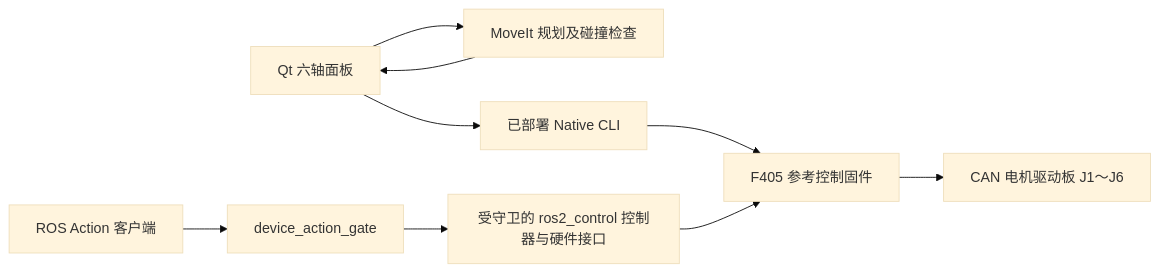
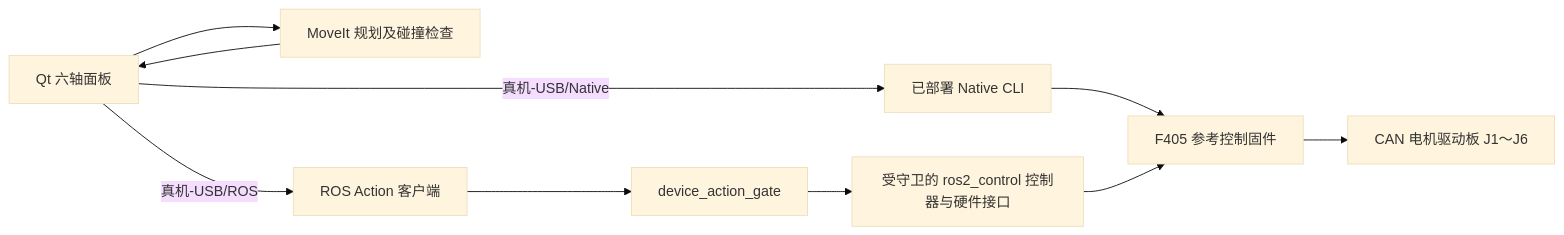
Before and after one commit to KaminDeng/dummy_ros2: the diagram in README_zh.md, drawn with Mermaid (base theme). The commit also changed other lines of this file and 24 other files, not shown here.

````diff
--- a/README_zh.md
+++ b/README_zh.md
@@ -29,11 +29,12 @@
 ```mermaid
 flowchart LR
     Panel[Qt 六轴面板] --> Planner[MoveIt 规划及碰撞检查]
     Planner --> Panel
-    Panel --> Native[已部署 Native CLI]
+    Panel -->|真机-USB/Native| Native[已部署 Native CLI]
+    Panel -->|真机-USB/ROS| Action
     Native --> REF[F405 参考控制固件]
     Action[ROS Action 客户端] --> Gate[device_action_gate]
     Gate --> Controller[受守卫的 ros2_control 控制器与硬件接口]
     Controller --> REF
     REF --> CAN[CAN 电机驱动板 J1～J6]
 ```
````
